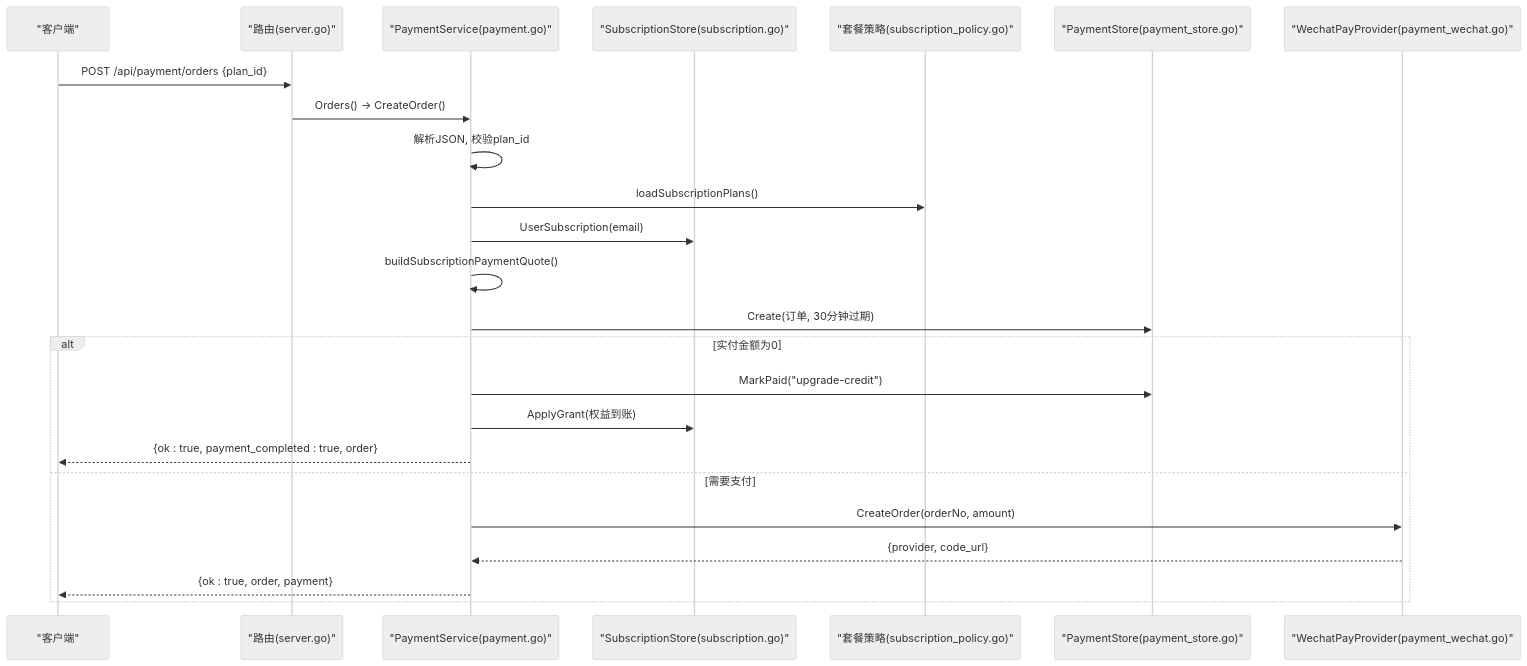
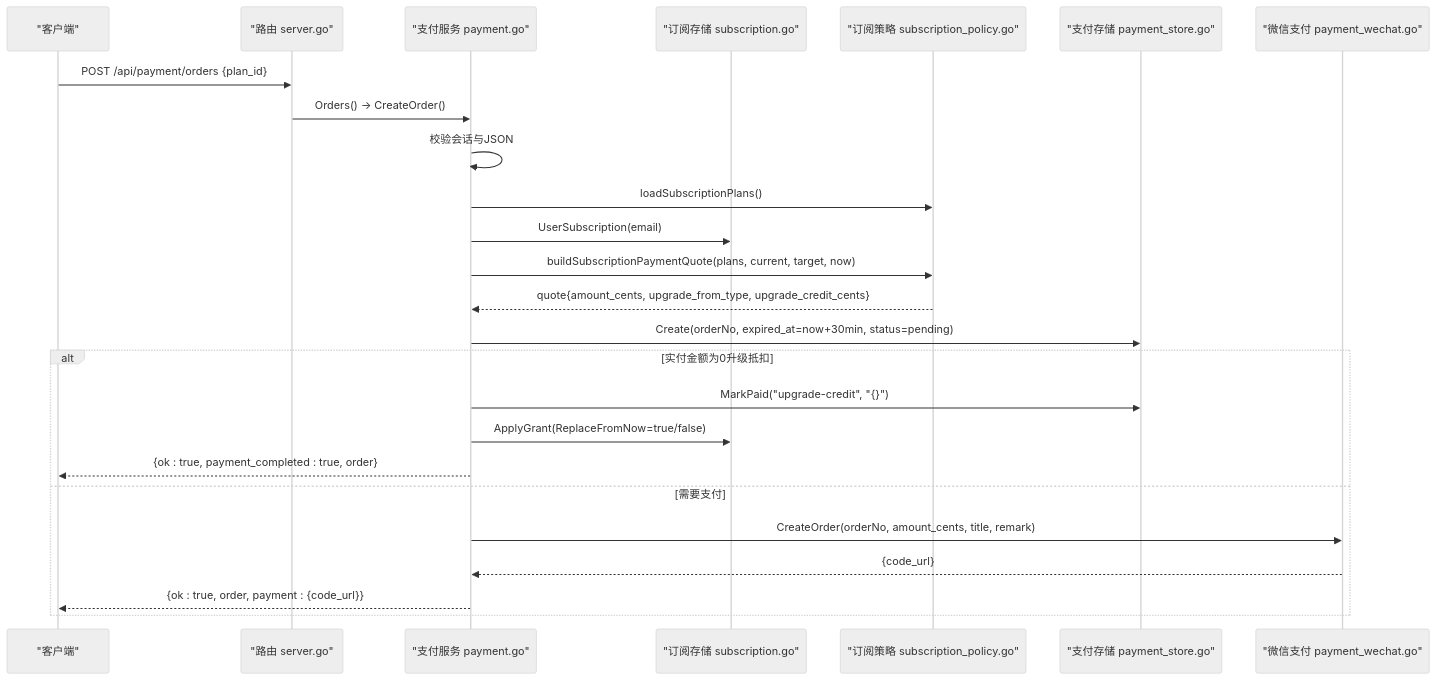
The second of 4 diagrams in .qoder/repowiki/zh/content/API接口文档/云端REST API/支付订阅API/订阅支付接口.md (alvinwangzi/goodhr), drawn with Mermaid (neutral theme) before and after one commit. The commit also changed other lines of this file and 149 other files, not shown here.

````diff
--- a/.qoder/repowiki/zh/content/API接口文档/云端REST API/支付订阅API/订阅支付接口.md
+++ b/.qoder/repowiki/zh/content/API接口文档/云端REST API/支付订阅API/订阅支付接口.md
@@ -101,26 +81,27 @@
 ```mermaid
 sequenceDiagram
 participant C as "客户端"
-participant R as "路由(server.go)"
-participant P as "PaymentService(payment.go)"
-participant S as "SubscriptionStore(subscription.go)"
-participant PL as "套餐策略(subscription_policy.go)"
-participant ST as "PaymentStore(payment_store.go)"
-participant W as "WechatPayProvider(payment_wechat.go)"
+participant R as "路由 server.go"
+participant P as "支付服务 payment.go"
+participant S as "订阅存储 subscription.go"
+participant PL as "订阅策略 subscription_policy.go"
+participant ST as "支付存储 payment_store.go"
+participant W as "微信支付 payment_wechat.go"
 C->>R : POST /api/payment/orders {plan_id}
 R->>P : Orders() -> CreateOrder()
-P->>P : 解析JSON, 校验plan_id
+P->>P : 校验会话与JSON
 P->>PL : loadSubscriptionPlans()
 P->>S : UserSubscription(email)
-P->>P : buildSubscriptionPaymentQuote()
-P->>ST : Create(订单, 30分钟过期)
-alt 实付金额为0
-P->>ST : MarkPaid("upgrade-credit")
-P->>S : ApplyGrant(权益到账)
+P->>PL : buildSubscriptionPaymentQuote(plans, current, target, now)
+PL-->>P : quote{amount_cents, upgrade_from_type, upgrade_credit_cents}
+P->>ST : Create(orderNo, expired_at=now+30min, status=pending)
+alt 实付金额为0升级抵扣
+P->>ST : MarkPaid("upgrade-credit", "{}")
+P->>S : ApplyGrant(ReplaceFromNow=true/false)
 P-->>C : {ok : true, payment_completed : true, order}
 else 需要支付
-P->>W : CreateOrder(orderNo, amount)
-W-->>P : {provider, code_url}
-P-->>C : {ok : true, order, payment}
+P->>W : CreateOrder(orderNo, amount_cents, title, remark)
+W-->>P : {code_url}
+P-->>C : {ok : true, order, payment : {code_url}}
 end
 ```
````
